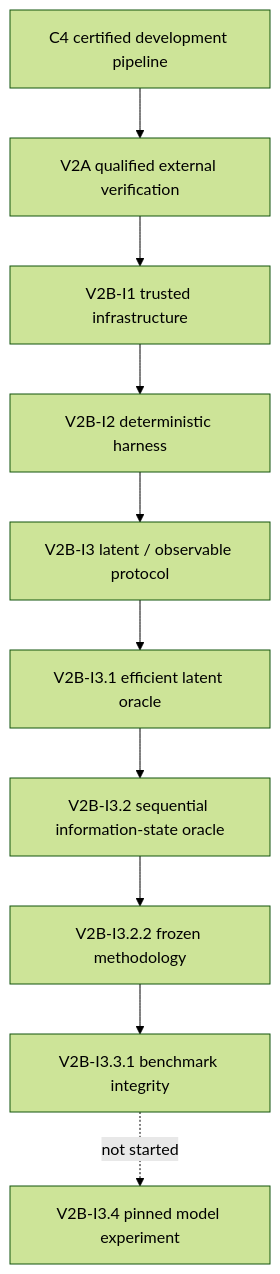
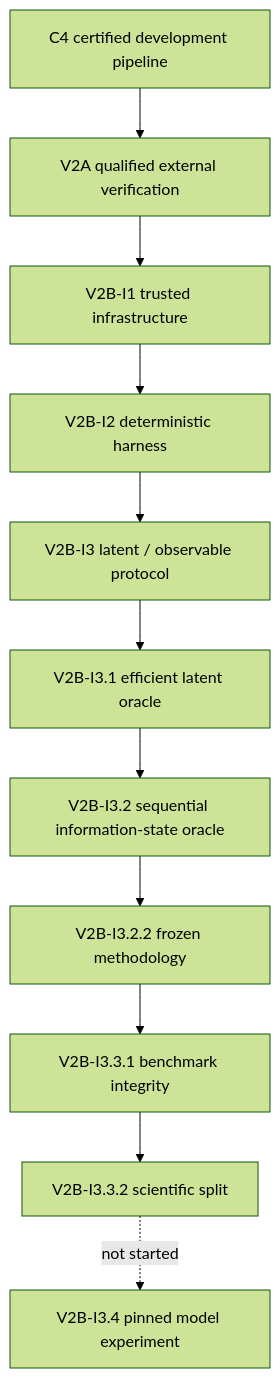
One commit to dawsonblock/Daph-ex-research-gate-c2-beir-retrieval changed the third of 3 diagrams in README.md. Above: the diagram before and after it, drawn with Mermaid (forest theme). The commit also changed other lines of this file and 37 other files, not shown here.

````diff
--- a/README.md
+++ b/README.md
@@ -297,12 +302,13 @@
 ```mermaid
 flowchart TD
     C4[C4 certified development pipeline] --> V2A[V2A qualified external verification]
     V2A --> I1[V2B-I1 trusted infrastructure]
     I1 --> I2[V2B-I2 deterministic harness]
     I2 --> I3[V2B-I3 latent / observable protocol]
     I3 --> I31[V2B-I3.1 efficient latent oracle]
     I31 --> I32[V2B-I3.2 sequential information-state oracle]
     I32 --> I322[V2B-I3.2.2 frozen methodology]
     I322 --> I331[V2B-I3.3.1 benchmark integrity]
-    I331 -. not started .-> I34[V2B-I3.4 pinned model experiment]
+    I331 --> I332[V2B-I3.3.2 scientific split]
+    I332 -. not started .-> I34[V2B-I3.4 pinned model experiment]
 ```
````
